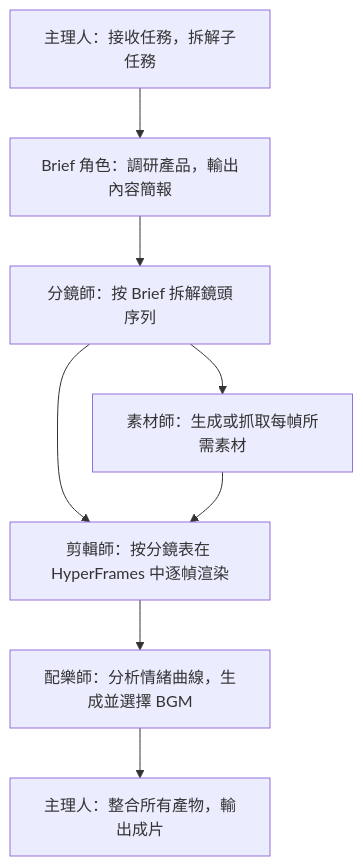
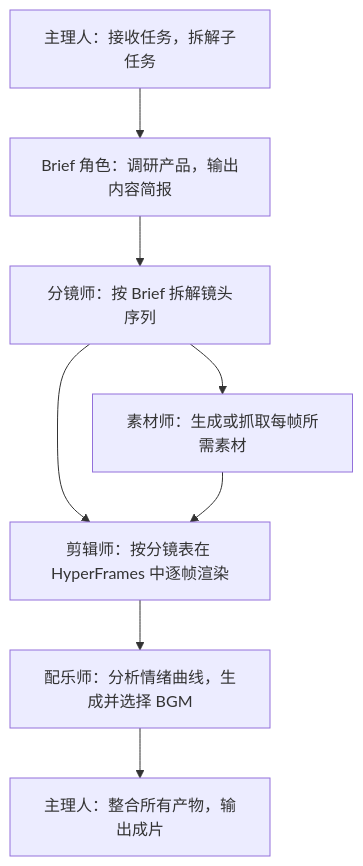
One commit to the-beating-light-of-the-nail/ai-tools-guide-site changed the diagram in docs/zh-tw/workbuddy/adv-multi-agent/index.md. Above: the diagram before and after it, drawn with Mermaid. The commit also changed other lines of this file and 136 other files, not shown here.

````diff
--- a/docs/zh-tw/workbuddy/adv-multi-agent/index.md
+++ b/docs/zh-tw/workbuddy/adv-multi-agent/index.md
@@ -45,10 +53,10 @@
 ```mermaid
 flowchart TD
-    A[主理人：接收任務，拆解子任務] --> B[Brief 角色：調研產品，輸出內容簡報]
-    B --> C[分鏡師：按 Brief 拆解鏡頭序列]
-    C --> D[素材師：生成或抓取每幀所需素材]
-    C --> E[剪輯師：按分鏡表在 HyperFrames 中逐幀渲染]
+    A[主理人：接收任务，拆解子任务] --> B[Brief 角色：调研产品，输出内容简报]
+    B --> C[分镜师：按 Brief 拆解镜头序列]
+    C --> D[素材师：生成或抓取每帧所需素材]
+    C --> E[剪辑师：按分镜表在 HyperFrames 中逐帧渲染]
     D --> E
-    E --> F[配樂師：分析情緒曲線，生成並選擇 BGM]
-    F --> G[主理人：整合所有產物，輸出成片]
+    E --> F[配乐师：分析情绪曲线，生成并选择 BGM]
+    F --> G[主理人：整合所有产物，输出成片]
 ```
````
